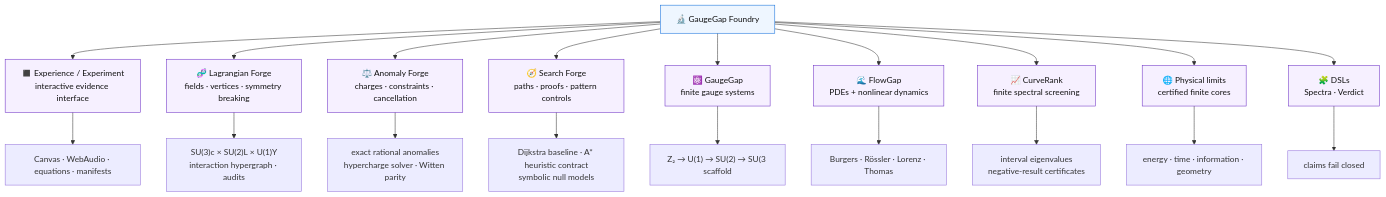
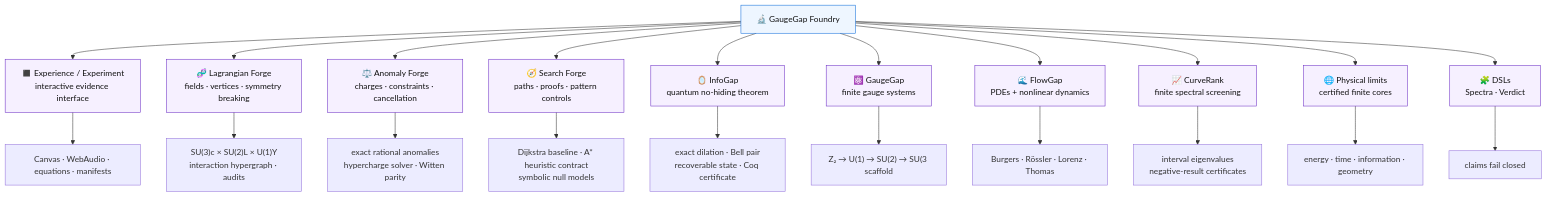
The first of 8 diagrams in README.md (XioAISolutions/gaugegap-foundry), drawn with Mermaid before and after one commit. The commit also changed other lines of this file, not shown here.

First line of the commit message:
docs(readme): surface InfoGap, the registries, and the v4 ten-scene Experience (#88)

````diff
--- a/README.md
+++ b/README.md
@@ -54,28 +56,30 @@
 ```mermaid
 flowchart TD
     F["🔬 GaugeGap Foundry"]
     F --> X["◼️ Experience / Experiment<br/>interactive evidence interface"]
     F --> L["🧬 Lagrangian Forge<br/>fields · vertices · symmetry breaking"]
     F --> A["⚖️ Anomaly Forge<br/>charges · constraints · cancellation"]
     F --> S["🧭 Search Forge<br/>paths · proofs · pattern controls"]
+    F --> I["🪞 InfoGap<br/>quantum no-hiding theorem"]
     F --> G["⚛️ GaugeGap<br/>finite gauge systems"]
     F --> FL["🌊 FlowGap<br/>PDEs + nonlinear dynamics"]
     F --> C["📈 CurveRank<br/>finite spectral screening"]
     F --> P["🌐 Physical limits<br/>certified finite cores"]
     F --> D["🧩 DSLs<br/>Spectra · Verdict"]
 
     X --> X1["Canvas · WebAudio · equations · manifests"]
     L --> L1["SU(3)c × SU(2)L × U(1)Y<br/>interaction hypergraph · audits"]
     A --> A1["exact rational anomalies<br/>hypercharge solver · Witten parity"]
     S --> S1["Dijkstra baseline · A* heuristic contract<br/>symbolic null models"]
+    I --> I1["exact dilation · Bell pair<br/>recoverable state · Coq certificate"]
     G --> G1["Z₂ → U(1) → SU(2) → SU(3 scaffold"]
     FL --> FL1["Burgers · Rössler · Lorenz · Thomas"]
     C --> C1["interval eigenvalues<br/>negative-result certificates"]
     P --> P1["energy · time · information · geometry"]
     D --> D1["claims fail closed"]
 
     classDef main fill:#eef6ff,stroke:#0969da,color:#111;
     classDef edge fill:#f6f0ff,stroke:#6929c4,color:#111;
     class F main;
-    class X,L,A,S,G,FL,C,P,D edge;
+    class X,L,A,S,I,G,FL,C,P,D edge;
 ```
````
